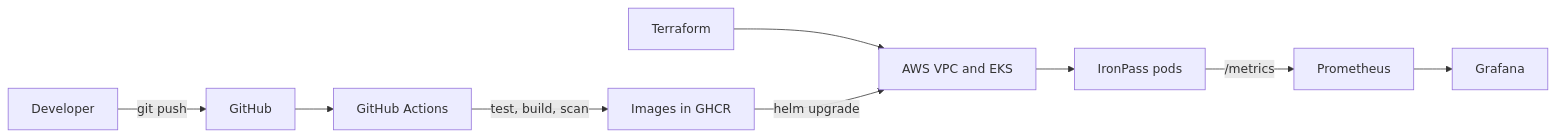
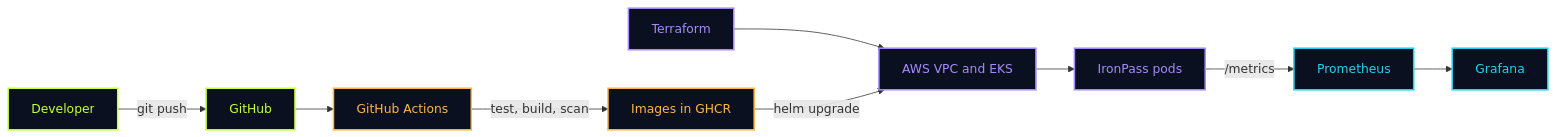
The diagram in README.md (brixdorf/ironpass-devops-capstone), drawn with Mermaid before and after one commit. The commit also changed other lines of this file and 1 other file, not shown here.

````diff
--- a/README.md
+++ b/README.md
@@ -31,11 +43,20 @@
 ```mermaid
 flowchart LR
-  dev[Developer] -->|git push| gh[GitHub]
-  gh --> ci[GitHub Actions]
-  ci -->|test, build, scan| img[Images in GHCR]
-  tf[Terraform] --> aws[AWS VPC and EKS]
+  dev["Developer"] -->|git push| gh["GitHub"]
+  gh --> ci["GitHub Actions"]
+  ci -->|test, build, scan| img["Images in GHCR"]
+  tf["Terraform"] --> aws["AWS VPC and EKS"]
   img -->|helm upgrade| aws
-  aws --> app[IronPass pods]
-  app -->|/metrics| prom[Prometheus]
-  prom --> graf[Grafana]
+  aws --> app["IronPass pods"]
+  app -->|/metrics| prom["Prometheus"]
+  prom --> graf["Grafana"]
+
+  classDef code fill:#0B1020,stroke:#C6FF3D,stroke-width:2px,color:#C6FF3D
+  classDef ship fill:#0B1020,stroke:#FFB547,stroke-width:2px,color:#FFB547
+  classDef infra fill:#0B1020,stroke:#A58BFF,stroke-width:2px,color:#A58BFF
+  classDef watch fill:#0B1020,stroke:#22D3EE,stroke-width:2px,color:#22D3EE
+  class dev,gh code
+  class ci,img ship
+  class tf,aws,app infra
+  class prom,graf watch
 ```
````
